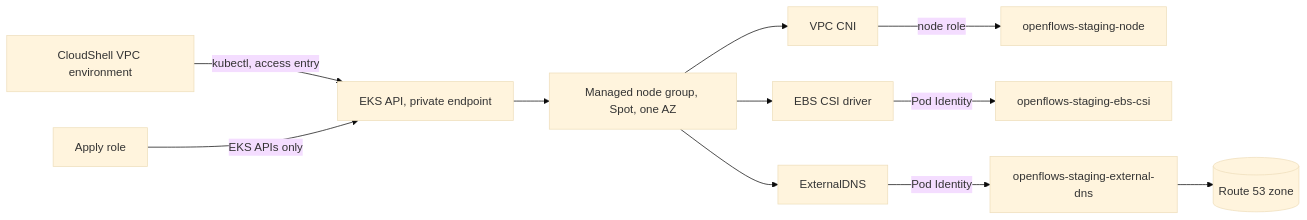
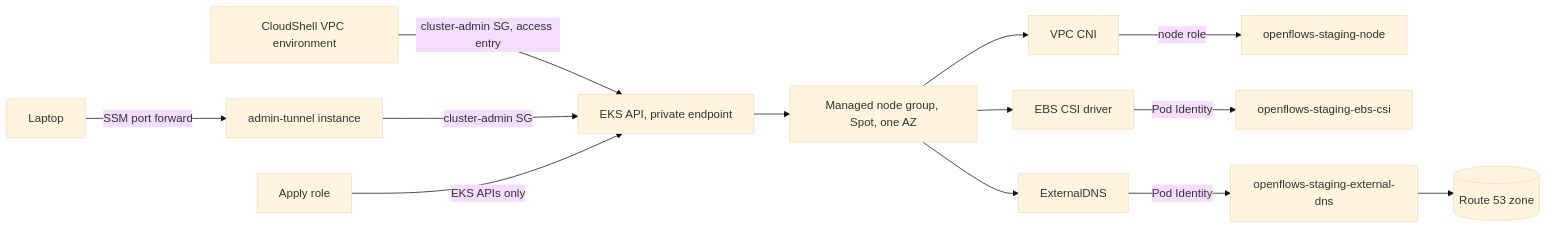
One commit to The-AgenticFlow/Openflows-Infra changed the third of 7 diagrams in docs/ARCHITECTURE-aws.md. Above: the diagram before and after it, drawn with Mermaid (base theme). The commit also changed other lines of this file and 10 other files, not shown here.

First line of the commit message:
feat(eks): reach the private api from cloudshell and laptops (#75)

````diff
--- a/docs/ARCHITECTURE-aws.md
+++ b/docs/ARCHITECTURE-aws.md
@@ -75,13 +75,15 @@
 ```mermaid
 flowchart LR
-    CS["CloudShell VPC environment"] -->|"kubectl, access entry"| API["EKS API, private endpoint"]
+    CS["CloudShell VPC environment"] -->|"cluster-admin SG, access entry"| API["EKS API, private endpoint"]
+    LAP["Laptop"] -->|"SSM port forward"| TUN["admin-tunnel instance"]
+    TUN -->|"cluster-admin SG"| API
     TF["Apply role"] -->|"EKS APIs only"| API
     API --> NG["Managed node group, Spot, one AZ"]
     NG --> CNI["VPC CNI"]
     CNI -->|node role| NR["openflows-staging-node"]
     NG --> EBS["EBS CSI driver"]
     NG --> DNS["ExternalDNS"]
     EBS -->|Pod Identity| EBSR["openflows-staging-ebs-csi"]
     DNS -->|Pod Identity| DNSR["openflows-staging-external-dns"]
     DNSR --> ZONE[("Route 53 zone")]
 ```
````
